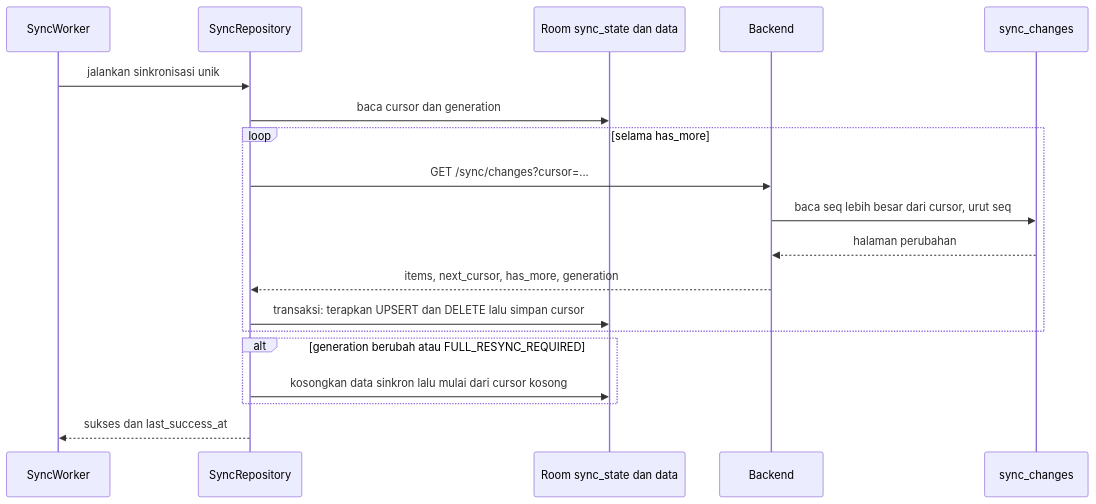
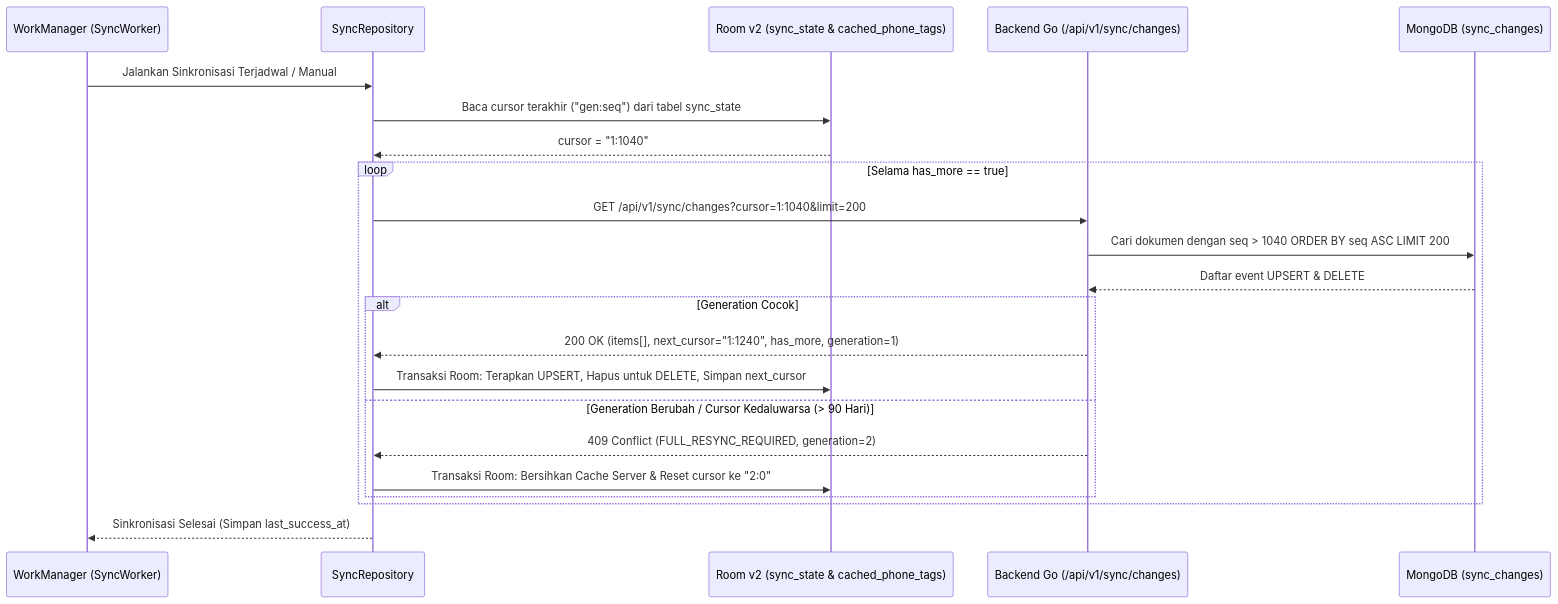
One commit to CallTag/CallTag changed diagram 13 of 17 in docs/planning/13-DIAGRAM-SISTEM.md. Above: the diagram before and after it, drawn with Mermaid. The commit also changed other lines of this file and 19 other files, not shown here.

Commit message:
docs: kunci persetujuan OD-01..OD-10 dan lengkapi 17 diagram sistem

````diff
--- a/docs/planning/13-DIAGRAM-SISTEM.md
+++ b/docs/planning/13-DIAGRAM-SISTEM.md
@@ -121,21 +549,25 @@
 ```mermaid
 sequenceDiagram
-    participant WM as SyncWorker
+    participant WM as WorkManager (SyncWorker)
     participant SR as SyncRepository
-    participant DB as Room sync_state dan data
-    participant API as Backend
-    participant J as sync_changes
-    WM->>SR: jalankan sinkronisasi unik
-    SR->>DB: baca cursor dan generation
-    loop selama has_more
-        SR->>API: GET /sync/changes?cursor=...
-        API->>J: baca seq lebih besar dari cursor, urut seq
-        J-->>API: halaman perubahan
-        API-->>SR: items, next_cursor, has_more, generation
-        SR->>DB: transaksi: terapkan UPSERT dan DELETE lalu simpan cursor
+    participant RM as Room v2 (sync_state & cached_phone_tags)
+    participant API as Backend Go (/api/v1/sync/changes)
+    participant DB as MongoDB (sync_changes)
+
+    WM->>SR: Jalankan Sinkronisasi Terjadwal / Manual
+    SR->>RM: Baca cursor terakhir ("gen:seq") dari tabel sync_state
+    RM-->>SR: cursor = "1:1040"
+    loop Selama has_more == true
+        SR->>API: GET /api/v1/sync/changes?cursor=1:1040&limit=200
+        API->>DB: Cari dokumen dengan seq > 1040 ORDER BY seq ASC LIMIT 200
+        DB-->>API: Daftar event UPSERT & DELETE
+        alt Generation Cocok
+            API-->>SR: 200 OK (items[], next_cursor="1:1240", has_more, generation=1)
+            SR->>RM: Transaksi Room: Terapkan UPSERT, Hapus untuk DELETE, Simpan next_cursor
+        else Generation Berubah / Cursor Kedaluwarsa (> 90 Hari)
+            API-->>SR: 409 Conflict (FULL_RESYNC_REQUIRED, generation=2)
+            SR->>RM: Transaksi Room: Bersihkan Cache Server & Reset cursor ke "2:0"
+        end
     end
-    alt generation berubah atau FULL_RESYNC_REQUIRED
-        SR->>DB: kosongkan data sinkron lalu mulai dari cursor kosong
-    end
-    SR-->>WM: sukses dan last_success_at
+    SR-->>WM: Sinkronisasi Selesai (Simpan last_success_at)
 ```
````
